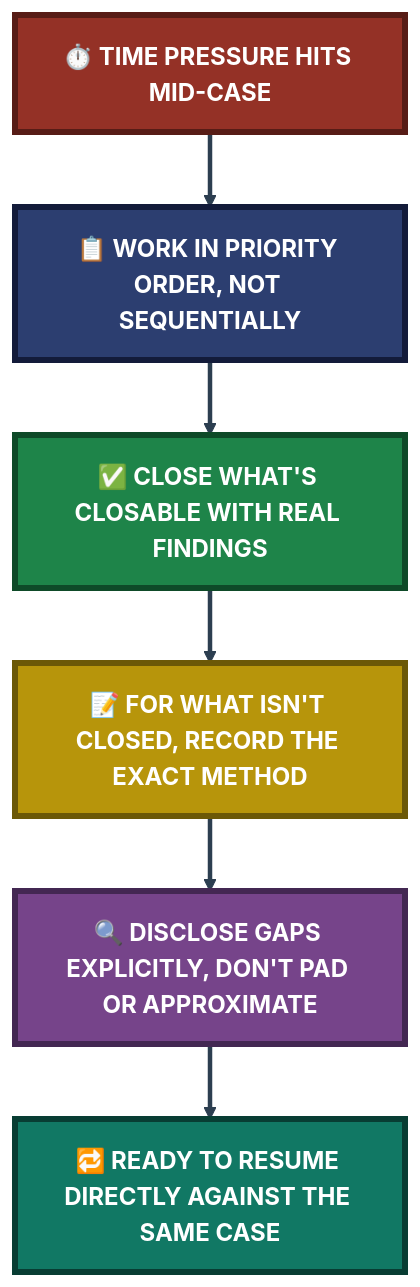
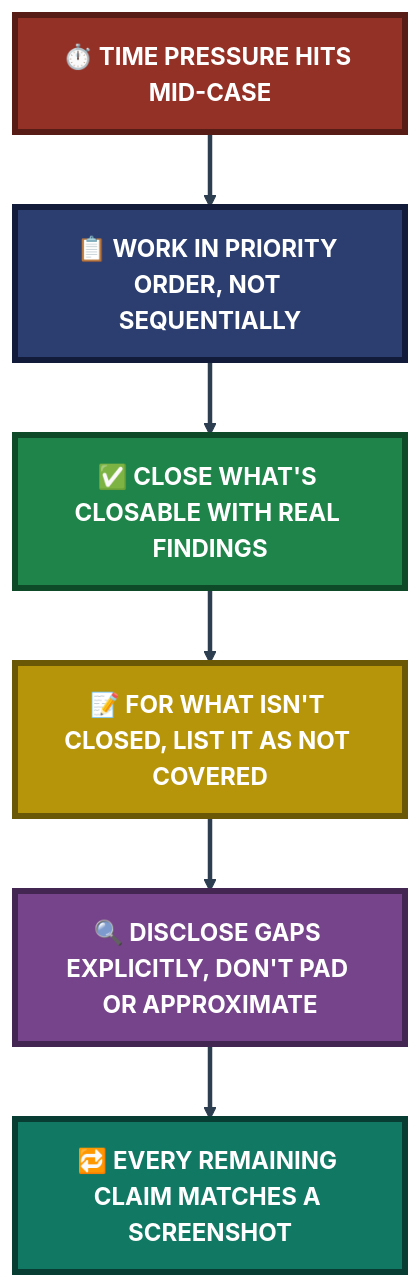
One commit to malaika-azhar/Cybersecurity-Lab-Projects changed the third of 3 diagrams in 3-Advanced-Cyber-Projects/project-18-mantooth-investigation-registry-analysis/README.md. Above: the diagram before and after it, drawn with Mermaid. The commit also changed other lines of this file, not shown here.

````diff
--- a/3-Advanced-Cyber-Projects/project-18-mantooth-investigation-registry-analysis/README.md
+++ b/3-Advanced-Cyber-Projects/project-18-mantooth-investigation-registry-analysis/README.md
@@ -352,20 +312,20 @@
 ```mermaid
 flowchart TB
     Time["⏱️ TIME PRESSURE HITS MID-CASE"]:::timeClass
     Priority["📋 WORK IN PRIORITY ORDER, NOT SEQUENTIALLY"]:::priorityClass
     Closed["✅ CLOSE WHAT'S CLOSABLE WITH REAL FINDINGS"]:::closedClass
-    Open["📝 FOR WHAT ISN'T CLOSED, RECORD THE EXACT METHOD"]:::openClass
+    Open["📝 FOR WHAT ISN'T CLOSED, LIST IT AS NOT COVERED"]:::openClass
     Disclose["🔍 DISCLOSE GAPS EXPLICITLY, DON'T PAD OR APPROXIMATE"]:::discloseClass
-    Resume["🔁 READY TO RESUME DIRECTLY AGAINST THE SAME CASE"]:::resumeClass
+    Resume["🔁 EVERY REMAINING CLAIM MATCHES A SCREENSHOT"]:::resumeClass
 
     Time --> Priority --> Closed --> Open --> Disclose --> Resume
 
     classDef timeClass fill:#943126,stroke:#571C16,stroke-width:4px,color:#FFFFFF,font-weight:bold
     classDef priorityClass fill:#2C3E70,stroke:#131B3A,stroke-width:4px,color:#FFFFFF,font-weight:bold
     classDef closedClass fill:#1E8449,stroke:#0E4A28,stroke-width:4px,color:#FFFFFF,font-weight:bold
     classDef openClass fill:#B7950B,stroke:#6B5807,stroke-width:4px,color:#FFFFFF,font-weight:bold
     classDef discloseClass fill:#76448A,stroke:#432752,stroke-width:4px,color:#FFFFFF,font-weight:bold
     classDef resumeClass fill:#117864,stroke:#083D33,stroke-width:4px,color:#FFFFFF,font-weight:bold
 
     linkStyle default stroke:#2C3E50,stroke-width:3px
 ```
````
